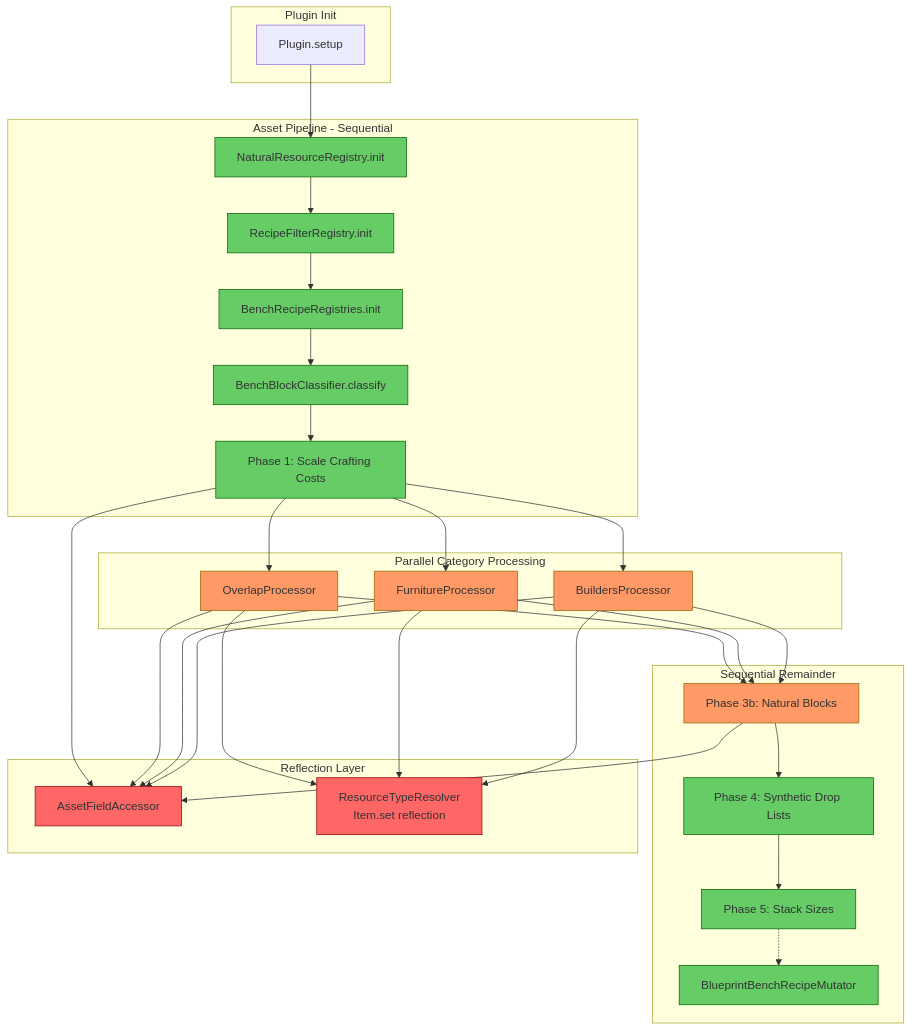
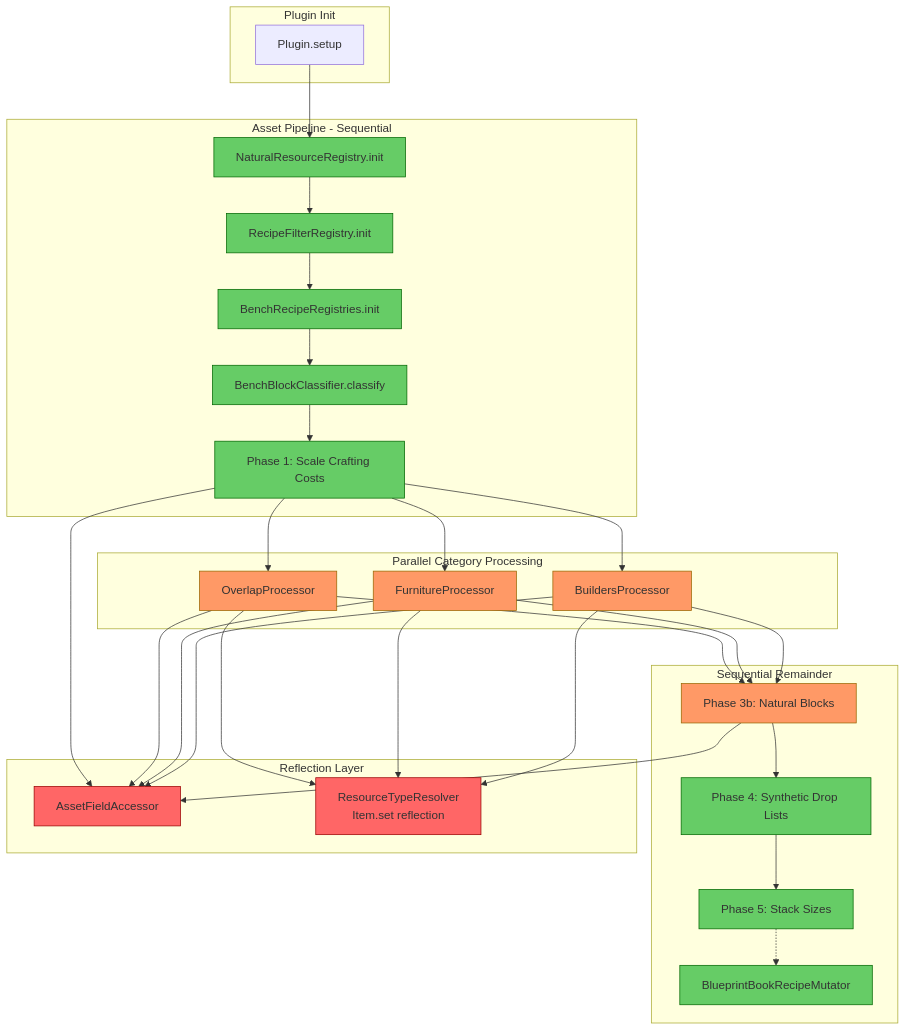
Before and after one commit to TheCodeCreature/Hytale-Example-Plugin: the first of 2 diagrams in docs/review-full-codebase.md, drawn with Mermaid. The commit also changed other lines of this file and 120 other files, not shown here.

First line of the commit message:
Refactor Blueprint Bench to Blueprint Book

````diff
--- a/docs/review-full-codebase.md
+++ b/docs/review-full-codebase.md
@@ -121,50 +121,50 @@
 ```mermaid
 graph TB
     subgraph "Plugin Init"
         P[Plugin.setup]
     end
 
     subgraph "Asset Pipeline - Sequential"
         NRR[NaturalResourceRegistry.init]:::green
         RFR[RecipeFilterRegistry.init]:::green
         BRR[BenchRecipeRegistries.init]:::green
         BBC[BenchBlockClassifier.classify]:::green
         P1[Phase 1: Scale Crafting Costs]:::green
     end
 
     subgraph "Parallel Category Processing"
         BP[BuildersProcessor]:::orange
         FP[FurnitureProcessor]:::orange
         OP[OverlapProcessor]:::orange
     end
 
     subgraph "Sequential Remainder"
         P3B[Phase 3b: Natural Blocks]:::orange
         P4[Phase 4: Synthetic Drop Lists]:::green
         P5[Phase 5: Stack Sizes]:::green
-        BBRM[BlueprintBenchRecipeMutator]:::green
+        BBRM[BlueprintBookRecipeMutator]:::green
     end
 
     subgraph "Reflection Layer"
         AFA[AssetFieldAccessor]:::red
         RTR[ResourceTypeResolver<br>Item.set reflection]:::red
     end
 
     P --> NRR --> RFR --> BRR --> BBC --> P1
     P1 --> BP & FP & OP
     BP & FP & OP --> P3B --> P4 --> P5
     P5 -.-> BBRM
 
     BP --> AFA
     FP --> AFA
     OP --> AFA
     P3B --> AFA
     P1 --> AFA
     BP --> RTR
     FP --> RTR
     OP --> RTR
 
     classDef red fill:#f66,stroke:#900
     classDef orange fill:#f96,stroke:#960
     classDef green fill:#6c6,stroke:#060
 ```
````
